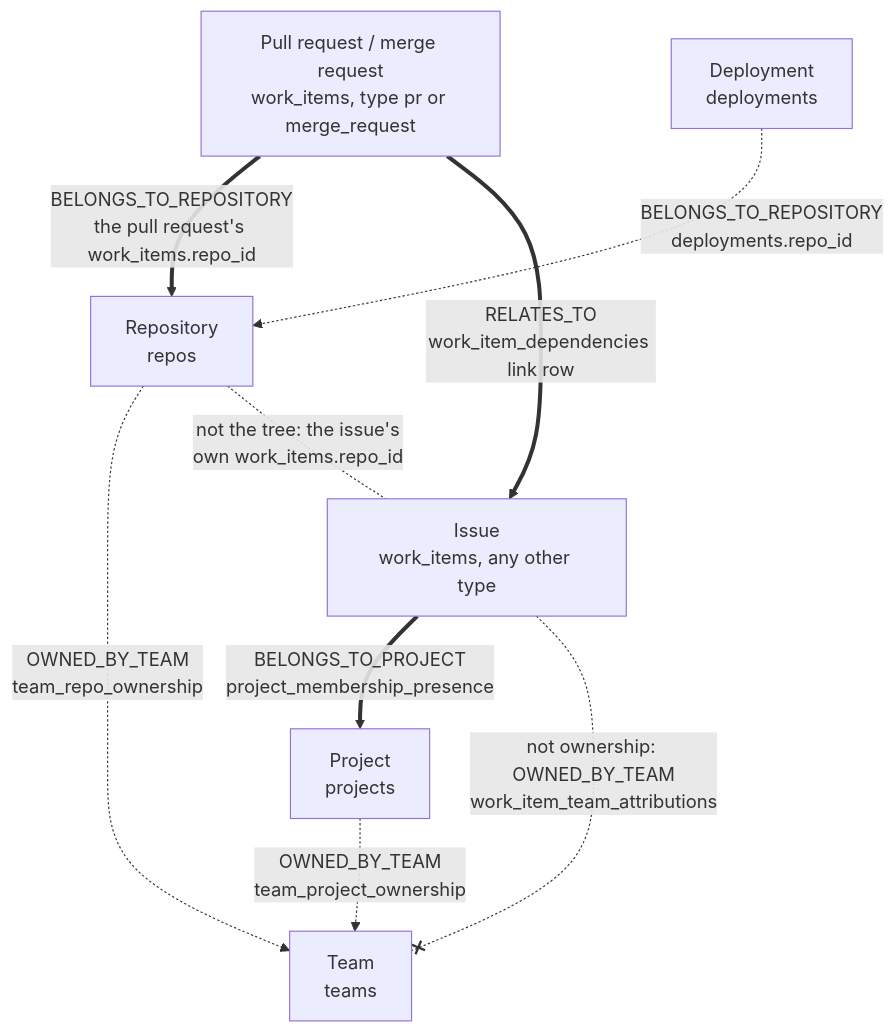
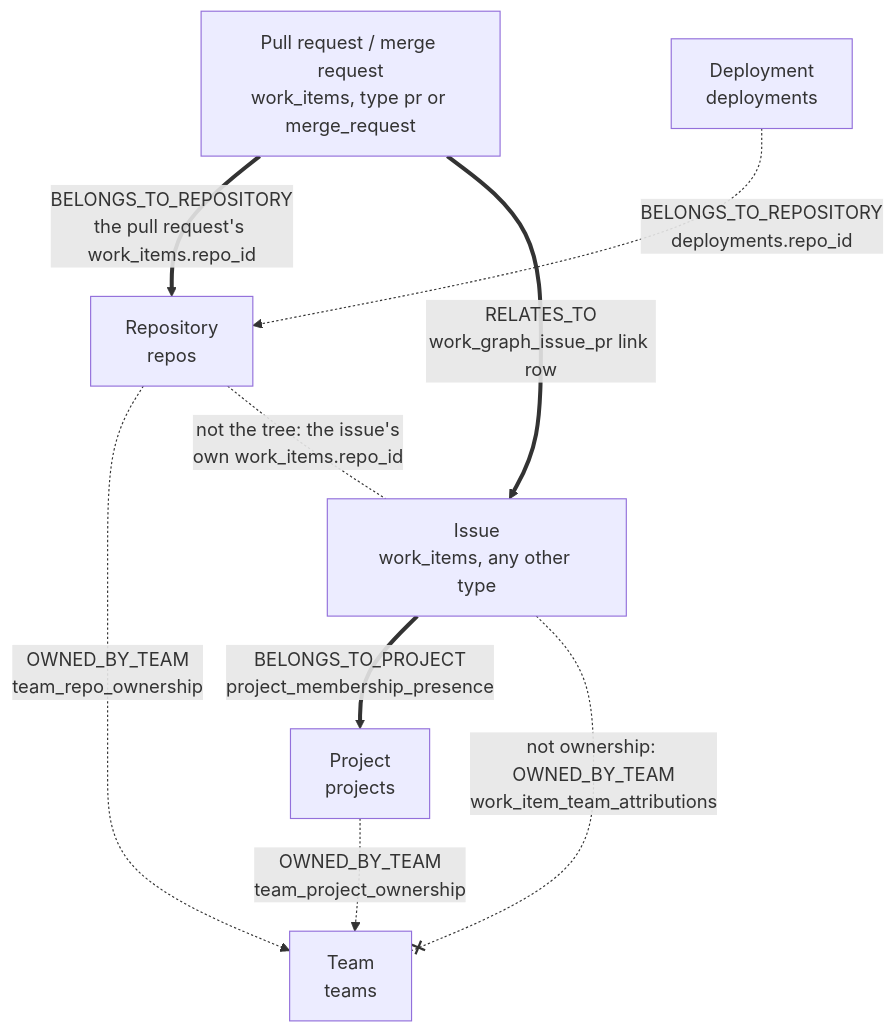
The second of 3 diagrams in docs/contribute/architecture/data-and-storage.md (full-chaos/dev-health-ops), drawn with Mermaid before and after one commit. The commit also changed other lines of this file and 3 other files, not shown here.

Commit message:
docs(workgraph): CHAOS-8684 name work_graph_issue_pr as the issue-PR link of record

````diff
--- a/docs/contribute/architecture/data-and-storage.md
+++ b/docs/contribute/architecture/data-and-storage.md
@@ -332,18 +332,18 @@
 ```mermaid
 flowchart TB
     REPO["Repository<br/>repos"]
     PR["Pull request / merge request<br/>work_items, type pr or merge_request"]
     ISSUE["Issue<br/>work_items, any other type"]
     PROJ["Project<br/>projects"]
     TEAM["Team<br/>teams"]
     DEP["Deployment<br/>deployments"]
 
     PR ==>|"BELONGS_TO_REPOSITORY<br/>the pull request's work_items.repo_id"| REPO
-    PR ==>|"RELATES_TO<br/>work_item_dependencies link row"| ISSUE
+    PR ==>|"RELATES_TO<br/>work_graph_issue_pr link row"| ISSUE
     ISSUE ==>|"BELONGS_TO_PROJECT<br/>project_membership_presence"| PROJ
     REPO -.->|"OWNED_BY_TEAM<br/>team_repo_ownership"| TEAM
     PROJ -.->|"OWNED_BY_TEAM<br/>team_project_ownership"| TEAM
     DEP -.->|"BELONGS_TO_REPOSITORY<br/>deployments.repo_id"| REPO
     REPO x-.-|"not the tree: the issue's<br/>own work_items.repo_id"| ISSUE
     ISSUE -.-x|"not ownership: OWNED_BY_TEAM<br/>work_item_team_attributions"| TEAM
 ```
````
